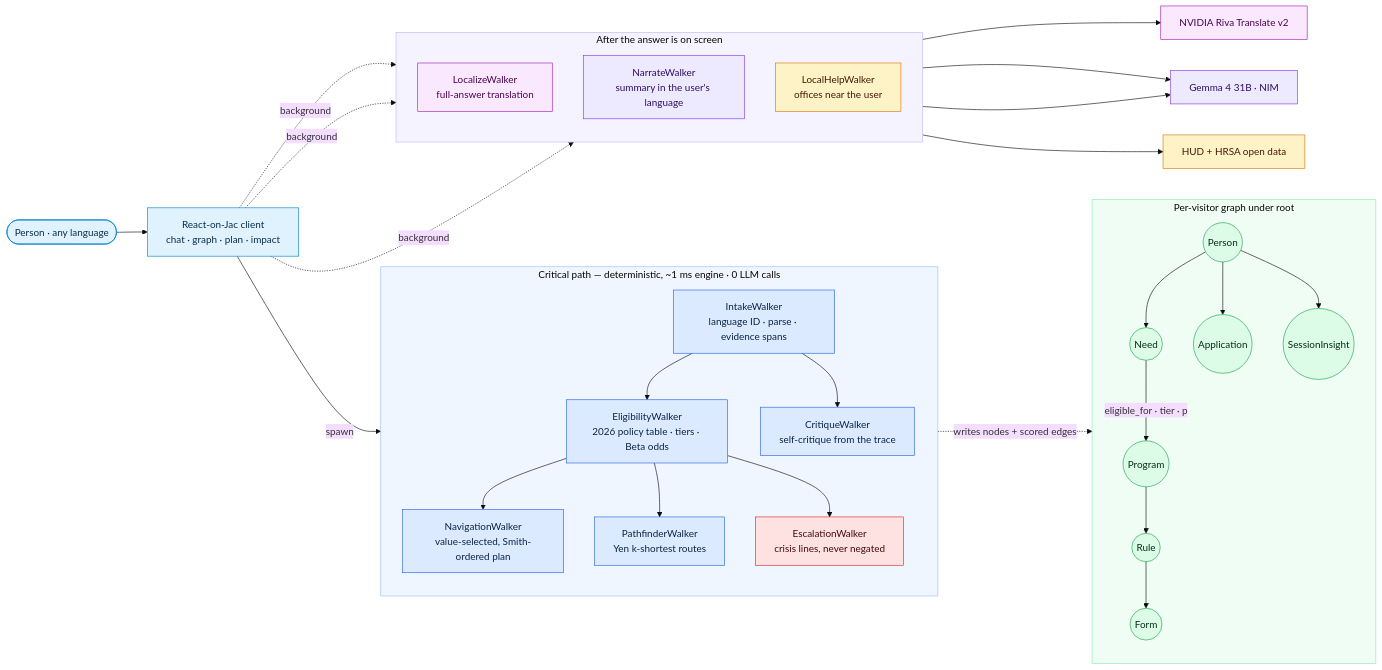
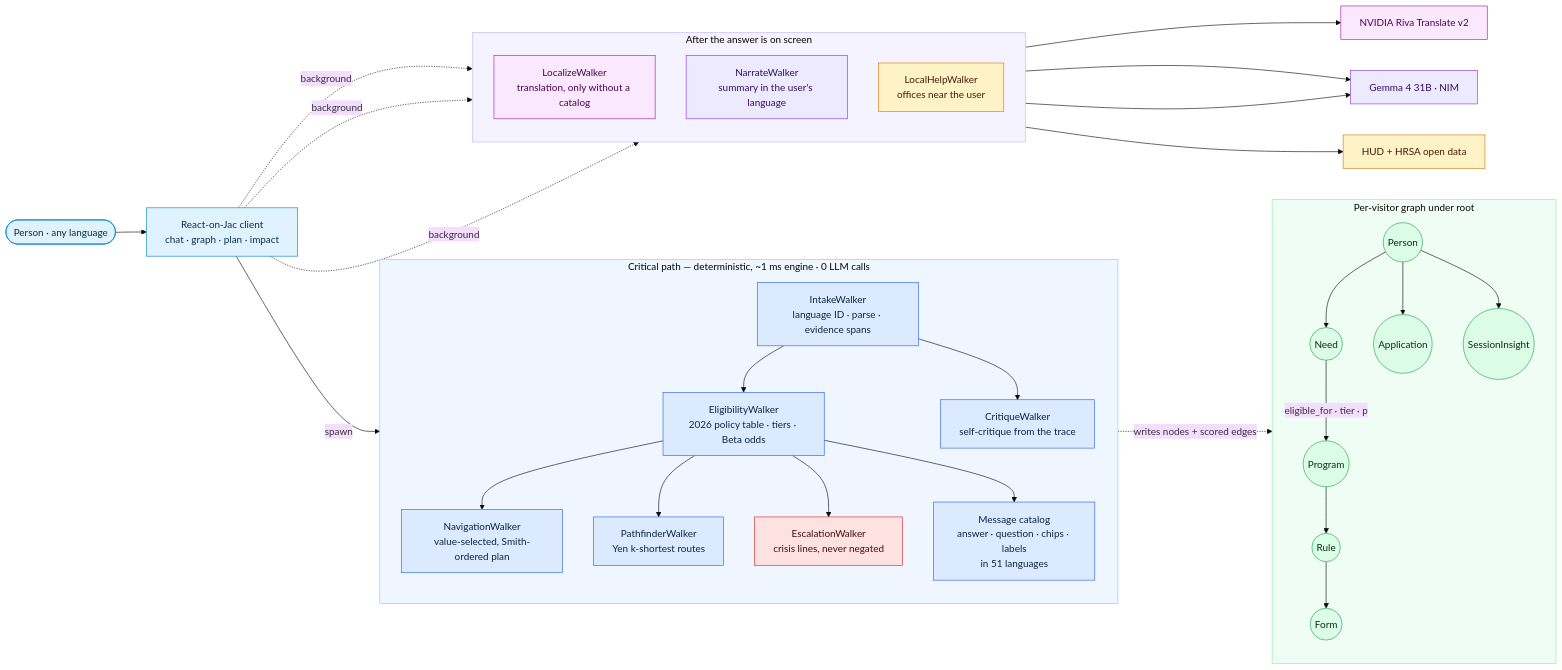
The first of 9 diagrams in README.md (Anbu-00001/CivicMesh), drawn with Mermaid (base theme) before and after one commit. The commit also changed other lines of this file and 73 other files, not shown here.

````diff
--- a/README.md
+++ b/README.md
@@ -60,56 +60,58 @@
 ```mermaid
 flowchart LR
     U([Person · any language]):::ui --> C[React-on-Jac client<br/>chat · graph · plan · impact]:::ui
 
     subgraph CP["Critical path — deterministic, ~1 ms engine · 0 LLM calls"]
         direction TB
         I[IntakeWalker<br/>language ID · parse · evidence spans]:::det
         E[EligibilityWalker<br/>2026 policy table · tiers · Beta odds]:::det
         N[NavigationWalker<br/>value-selected, Smith-ordered plan]:::det
         P[PathfinderWalker<br/>Yen k-shortest routes]:::det
         X[EscalationWalker<br/>crisis lines, never negated]:::safety
         K[CritiqueWalker<br/>self-critique from the trace]:::det
+        MC[Message catalog<br/>answer · question · chips · labels<br/>in 51 languages]:::det
         I --> E --> N
         E --> P
         E --> X
         I --> K
+        E --> MC
     end
 
     subgraph BG["After the answer is on screen"]
         direction TB
-        T[LocalizeWalker<br/>full-answer translation]:::mt
+        T[LocalizeWalker<br/>translation, only without a catalog]:::mt
         R[NarrateWalker<br/>summary in the user's language]:::llm
         L[LocalHelpWalker<br/>offices near the user]:::ext
     end
 
     subgraph G["Per-visitor graph under root"]
         direction TB
         PN((Person)):::data --> ND((Need)):::data
         ND -->|eligible_for · tier · p| RS((Program)):::data
         RS --> RU((Rule)):::data
         RU --> FM((Form)):::data
         PN --> AP((Application)):::data
         PN --> SI((SessionInsight)):::data
     end
 
     C -->|spawn| I
     CP -.writes nodes + scored edges.-> G
     C -.background.-> T
     C -.background.-> R
     C -.background.-> L
     T --> RT[NVIDIA Riva Translate v2]:::mt
     T --> GM[Gemma 4 31B · NIM]:::llm
     R --> GM
     L --> OD[HUD + HRSA open data]:::ext
 
     classDef ui fill:#e0f2fe,stroke:#0284c7,color:#082f49
     classDef det fill:#dbeafe,stroke:#2563eb,color:#0b2545
     classDef safety fill:#fee2e2,stroke:#dc2626,color:#450a0a
     classDef llm fill:#ede9fe,stroke:#7c3aed,color:#2e1065
     classDef mt fill:#fae8ff,stroke:#a21caf,color:#4a044e
     classDef ext fill:#fef3c7,stroke:#d97706,color:#451a03
     classDef data fill:#dcfce7,stroke:#16a34a,color:#052e16
     style CP fill:#eff6ff,stroke:#93c5fd
     style BG fill:#f5f3ff,stroke:#c4b5fd
     style G fill:#f0fdf4,stroke:#86efac
 ```
````
